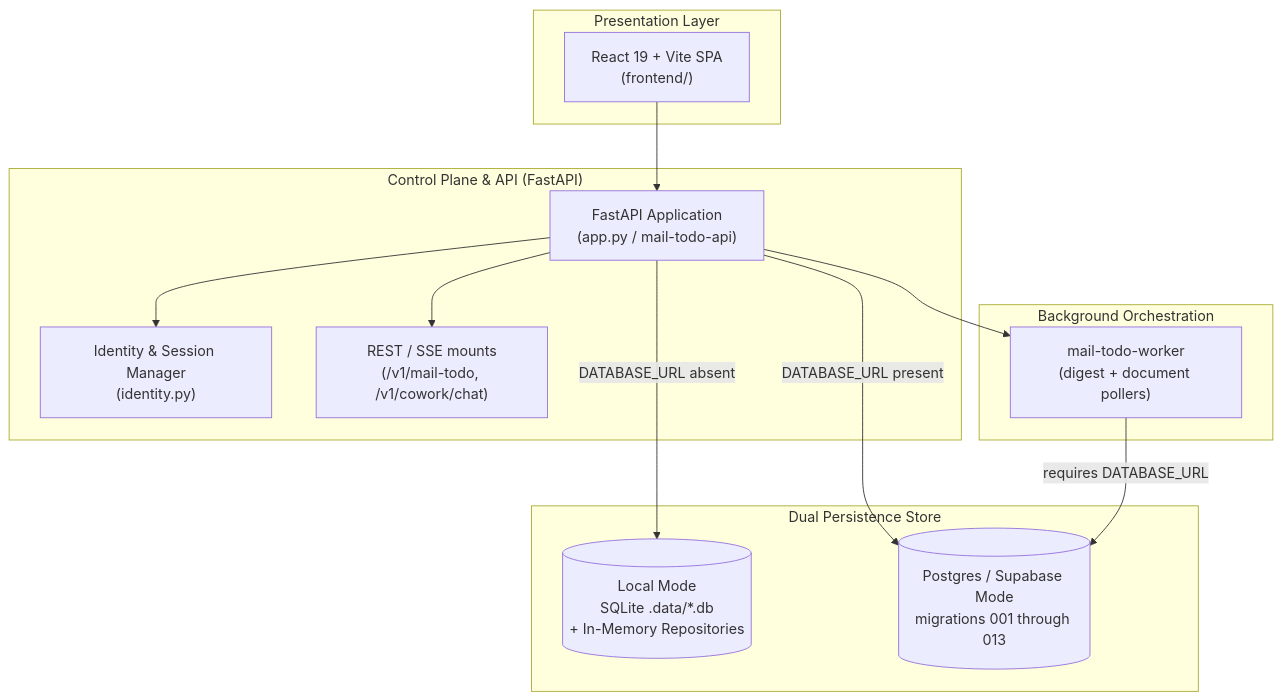
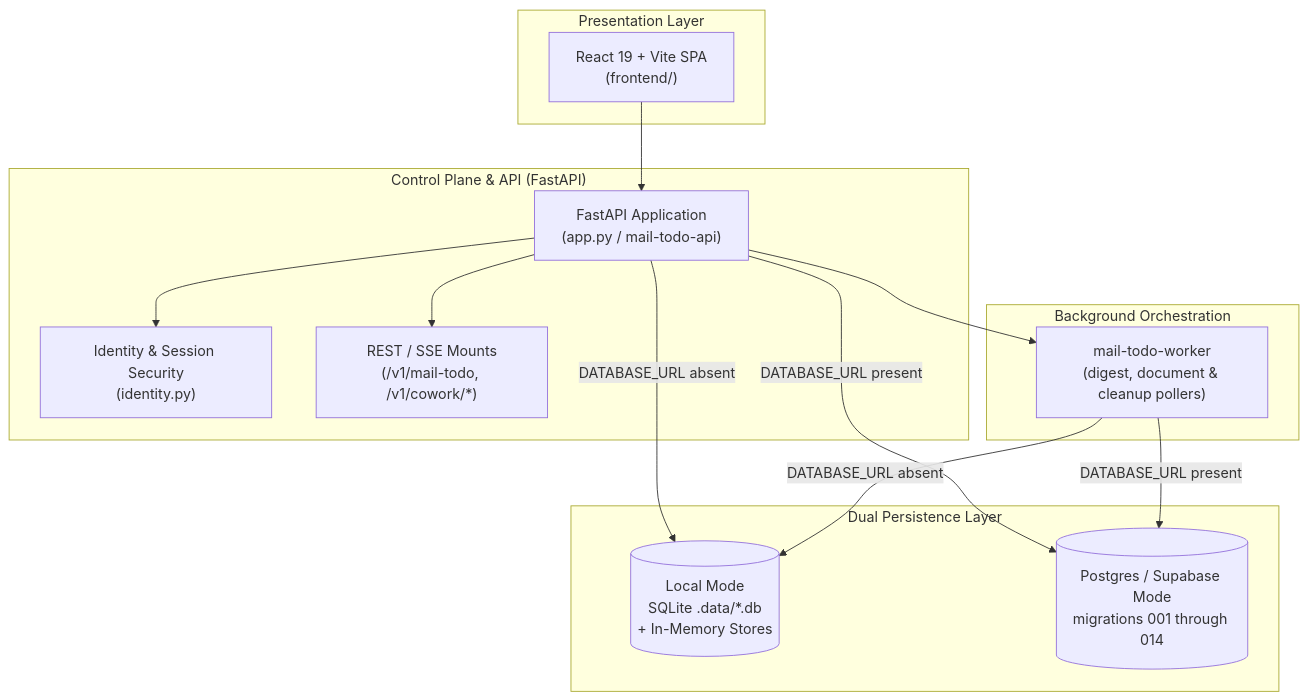
One commit to MathematicGuy/EMAIL-AGENT-v1 changed the diagram in docs/architectures/current-architectures/03-control-plane-persistence-and-uis.md. Above: the diagram before and after it, drawn with Mermaid. The commit also changed other lines of this file and 9 other files, not shown here.

````diff
--- a/docs/architectures/current-architectures/03-control-plane-persistence-and-uis.md
+++ b/docs/architectures/current-architectures/03-control-plane-persistence-and-uis.md
@@ -14,30 +14,31 @@
 ```mermaid
 flowchart TB
     subgraph PRESENTATION["Presentation Layer"]
         REACT["React 19 + Vite SPA<br/>(frontend/)"]
     end
 
     subgraph CONTROL["Control Plane & API (FastAPI)"]
         APP["FastAPI Application<br/>(app.py / mail-todo-api)"]
-        AUTH["Identity & Session Manager<br/>(identity.py)"]
-        ROUTES["REST / SSE mounts<br/>(/v1/mail-todo, /v1/cowork/chat)"]
+        AUTH["Identity & Session Security<br/>(identity.py)"]
+        ROUTES["REST / SSE Mounts<br/>(/v1/mail-todo, /v1/cowork/*)"]
     end
 
     subgraph WORKERS["Background Orchestration"]
-        WORKER["mail-todo-worker<br/>(digest + document pollers)"]
+        WORKER["mail-todo-worker<br/>(digest, document & cleanup pollers)"]
     end
 
-    subgraph PERSISTENCE["Dual Persistence Store"]
-        LOCAL[("Local Mode<br/>SQLite .data/*.db<br/>+ In-Memory Repositories")]
-        PG[("Postgres / Supabase Mode<br/>migrations 001 through 013")]
+    subgraph PERSISTENCE["Dual Persistence Layer"]
+        LOCAL[("Local Mode<br/>SQLite .data/*.db<br/>+ In-Memory Stores")]
+        PG[("Postgres / Supabase Mode<br/>migrations 001 through 014")]
     end
 
     REACT --> APP
     APP --> AUTH
     APP --> ROUTES
     APP --> WORKER
 
     APP -->|DATABASE_URL absent| LOCAL
     APP -->|DATABASE_URL present| PG
-    WORKER -->|requires DATABASE_URL| PG
+    WORKER -->|DATABASE_URL present| PG
+    WORKER -->|DATABASE_URL absent| LOCAL
 ```
````
